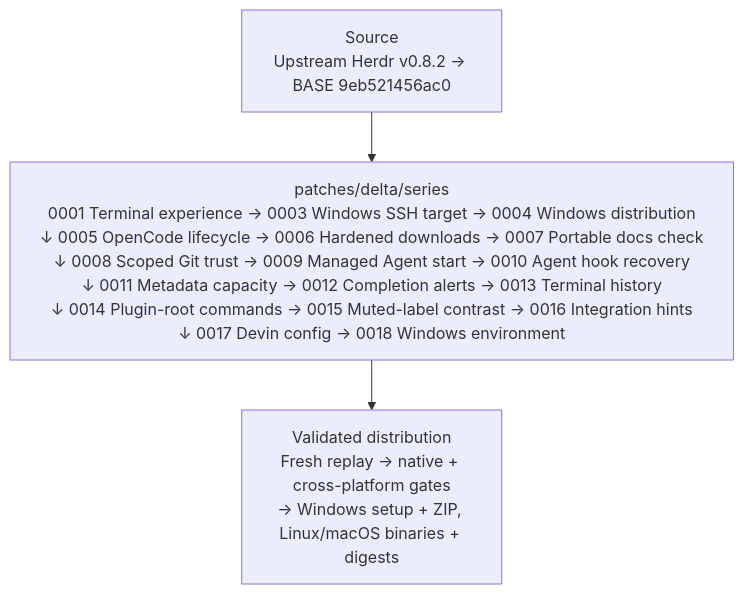
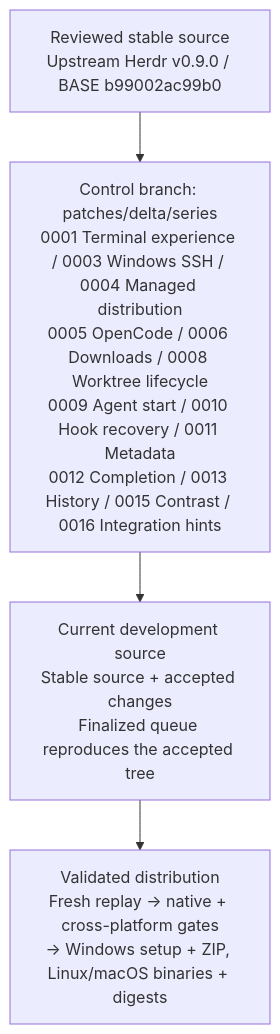
Before and after one commit to hdosys/herdr-win: the diagram in README.md, drawn with Mermaid. The commit also changed other lines of this file and 27 other files, not shown here.

First line of the commit message:
chore(delta): prepare verified v0.9.0 queue

````diff
--- a/README.md
+++ b/README.md
@@ -31,7 +31,8 @@
 ```mermaid
 flowchart TB
-    S["Source<br/>Upstream Herdr v0.8.2 → BASE 9eb521456ac0"]
-    Q["patches/delta/series<br/>0001&nbsp;Terminal&nbsp;experience&nbsp;→&nbsp;0003&nbsp;Windows&nbsp;SSH&nbsp;target&nbsp;→&nbsp;0004&nbsp;Windows&nbsp;distribution<br/>↓&nbsp;0005&nbsp;OpenCode&nbsp;lifecycle&nbsp;→&nbsp;0006&nbsp;Hardened&nbsp;downloads&nbsp;→&nbsp;0007&nbsp;Portable&nbsp;docs&nbsp;check<br/>↓&nbsp;0008&nbsp;Scoped&nbsp;Git&nbsp;trust&nbsp;→&nbsp;0009&nbsp;Managed&nbsp;Agent&nbsp;start&nbsp;→&nbsp;0010&nbsp;Agent&nbsp;hook&nbsp;recovery<br/>↓&nbsp;0011&nbsp;Metadata&nbsp;capacity&nbsp;→&nbsp;0012&nbsp;Completion&nbsp;alerts&nbsp;→&nbsp;0013&nbsp;Terminal&nbsp;history<br/>↓&nbsp;0014&nbsp;Plugin-root&nbsp;commands&nbsp;→&nbsp;0015&nbsp;Muted-label&nbsp;contrast&nbsp;→&nbsp;0016&nbsp;Integration&nbsp;hints<br/>↓&nbsp;0017&nbsp;Devin&nbsp;config&nbsp;→&nbsp;0018&nbsp;Windows&nbsp;environment"]
+    S["Reviewed stable source<br/>Upstream Herdr v0.9.0 / BASE b99002ac99b0"]
+    Q["Control branch: patches/delta/series<br/>0001 Terminal experience / 0003 Windows SSH / 0004 Managed distribution<br/>0005 OpenCode / 0006 Downloads / 0008 Worktree lifecycle<br/>0009 Agent start / 0010 Hook recovery / 0011 Metadata<br/>0012 Completion / 0013 History / 0015 Contrast / 0016 Integration hints"]
+    D["Current development source<br/>Stable source + accepted changes<br/>Finalized queue reproduces the accepted tree"]
     V["Validated distribution<br/>Fresh replay → native + cross-platform gates<br/>→ Windows setup + ZIP, Linux/macOS binaries + digests"]
-    S --> Q --> V
+    S --> Q --> D --> V
 ```
````
